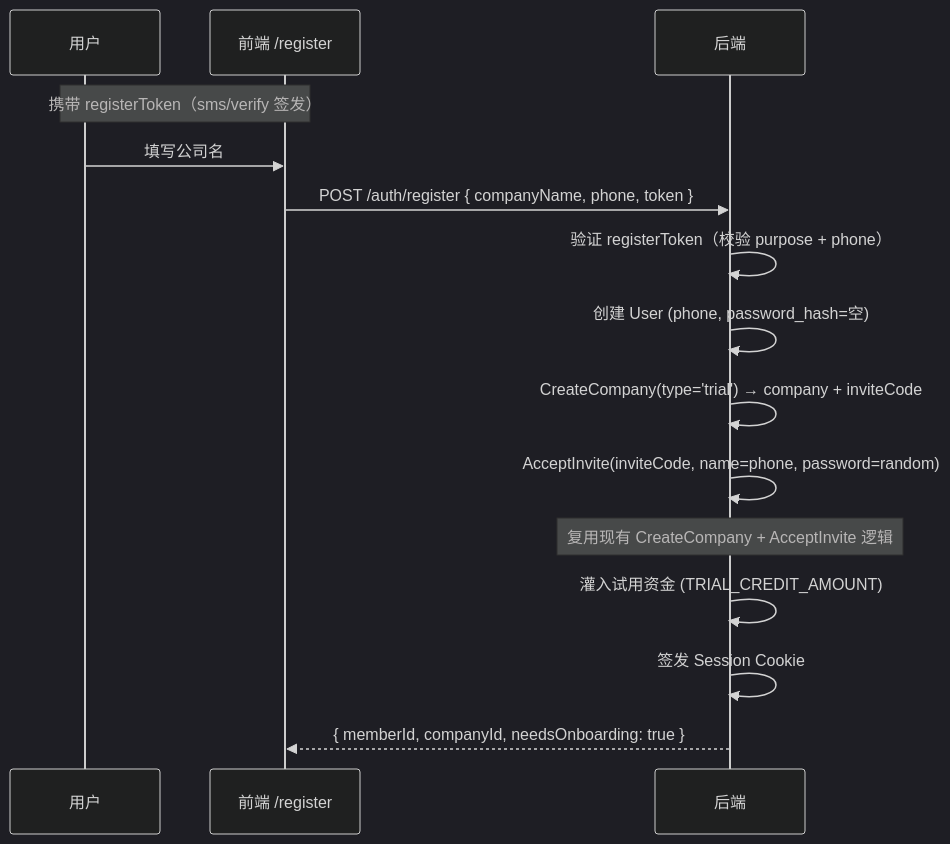
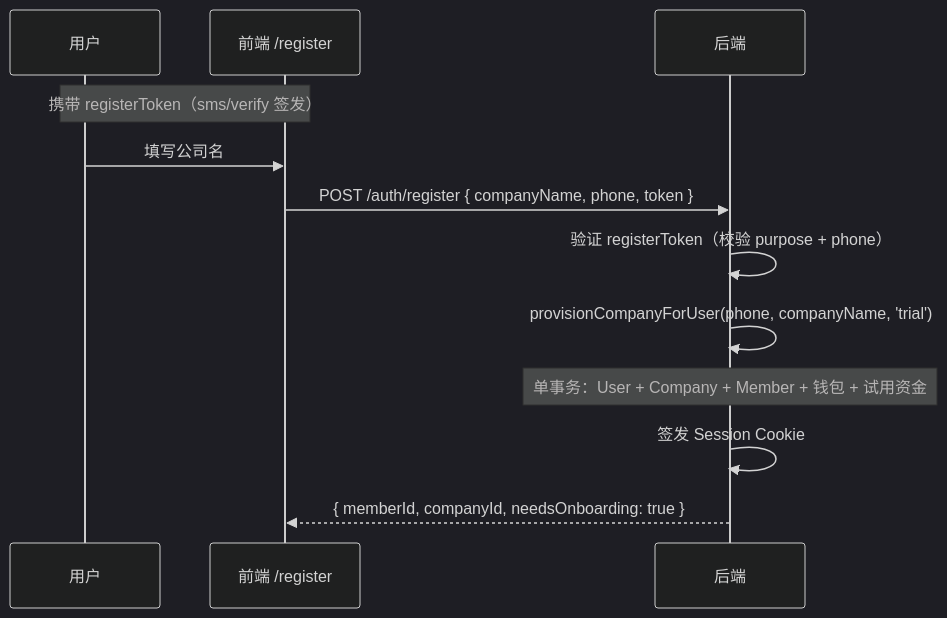
Before and after one commit to quyip8818/mytokenjoy: the fourth of 5 diagrams in docs/saas/登录注册方案设计.md, drawn with Mermaid (dark theme). The commit also changed other lines of this file and 25 other files, not shown here.

Commit message:
support register / create company api

````diff
--- a/docs/saas/登录注册方案设计.md
+++ b/docs/saas/登录注册方案设计.md
@@ -180,18 +180,15 @@
 ```mermaid
 sequenceDiagram
     participant U as 用户
     participant F as 前端 /register
     participant B as 后端
 
     Note over U,F: 携带 registerToken（sms/verify 签发）
     U->>F: 填写公司名
     F->>B: POST /auth/register { companyName, phone, token }
     B->>B: 验证 registerToken（校验 purpose + phone）
-    B->>B: 创建 User (phone, password_hash=空)
-    B->>B: CreateCompany(type='trial') → company + inviteCode
-    B->>B: AcceptInvite(inviteCode, name=phone, password=random)
-    Note over B: 复用现有 CreateCompany + AcceptInvite 逻辑
-    B->>B: 灌入试用资金 (TRIAL_CREDIT_AMOUNT)
+    B->>B: provisionCompanyForUser(phone, companyName, 'trial')
+    Note over B: 单事务：User + Company + Member + 钱包 + 试用资金
     B->>B: 签发 Session Cookie
     B-->>F: { memberId, companyId, needsOnboarding: true }
 ```
````
